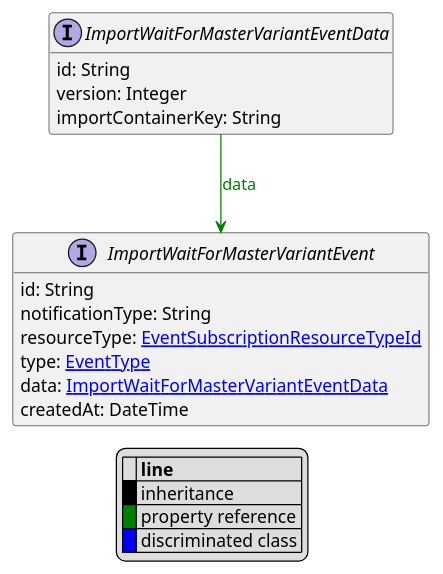
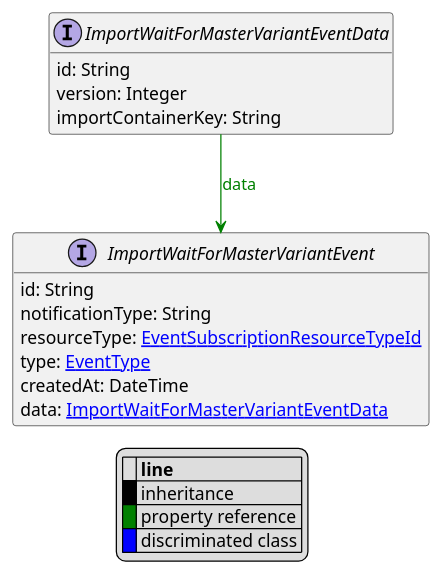
One commit to commercetools/commercetools-api-reference changed the diagram in uml/api/ImportWaitForMasterVariantEventData.puml. Above: the diagram before and after it, drawn with PlantUML. The commit also changed other lines of this file and 50 other files, not shown here.

```diff
--- a/uml/api/ImportWaitForMasterVariantEventData.puml
+++ b/uml/api/ImportWaitForMasterVariantEventData.puml
@@ -1,29 +1,29 @@
 @startuml
 
 hide empty fields
 hide empty methods
 legend
 |= |= line |
 |<back:black>   </back>| inheritance |
 |<back:green>   </back>| property reference |
 |<back:blue>   </back>| discriminated class |
 endlegend
 interface ImportWaitForMasterVariantEventData [[ImportWaitForMasterVariantEventData.svg]]  {
     id: String
     version: Integer
     importContainerKey: String
 }
 
 
 
 interface ImportWaitForMasterVariantEvent [[ImportWaitForMasterVariantEvent.svg]]  {
     id: String
     notificationType: String
     resourceType: [[EventSubscriptionResourceTypeId.svg EventSubscriptionResourceTypeId]]
     type: [[EventType.svg EventType]]
+    createdAt: DateTime
     data: [[ImportWaitForMasterVariantEventData.svg ImportWaitForMasterVariantEventData]]
-    createdAt: DateTime
 }
 
 ImportWaitForMasterVariantEventData --> ImportWaitForMasterVariantEvent #green;text:green : "data"
 @enduml
```
